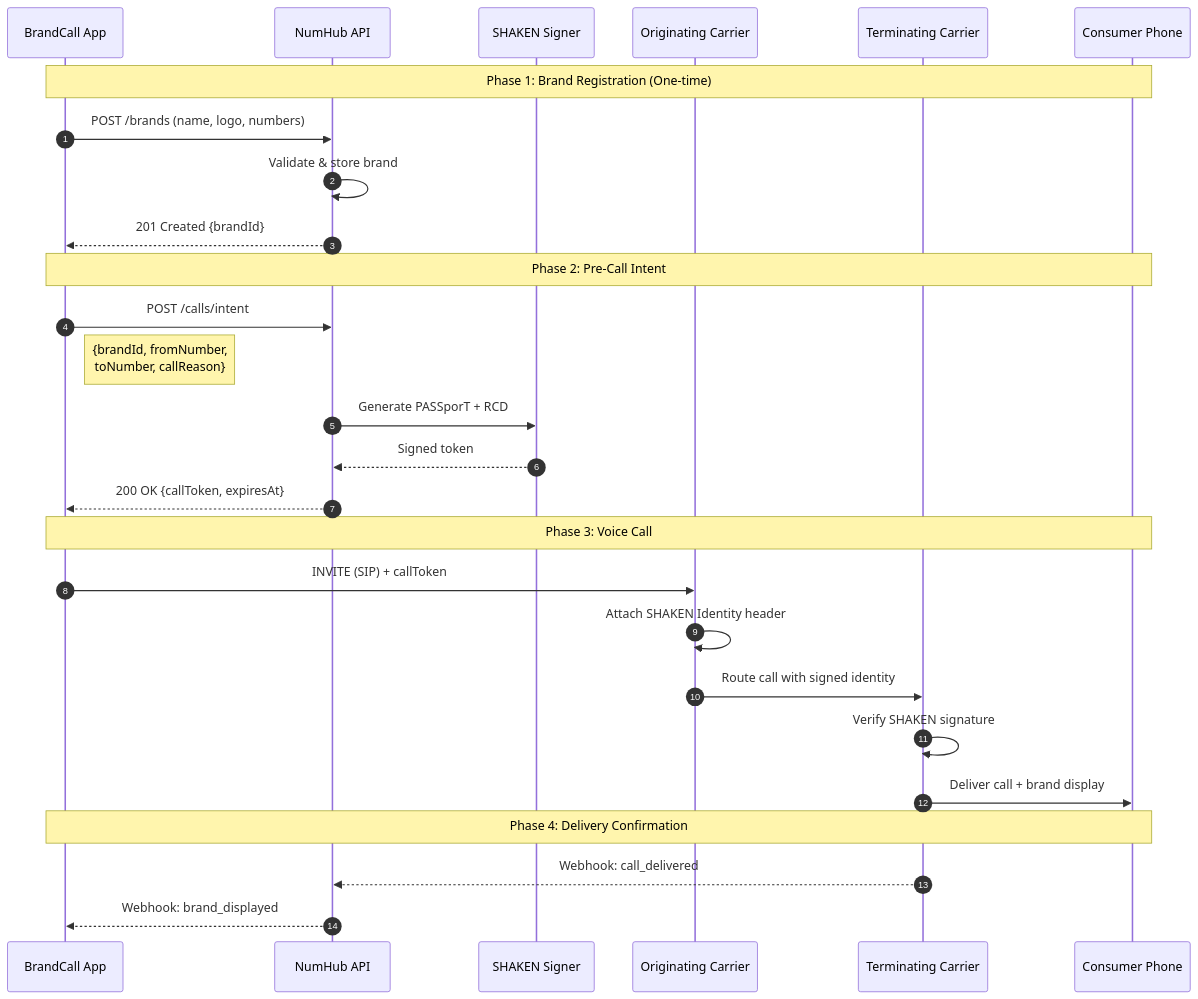
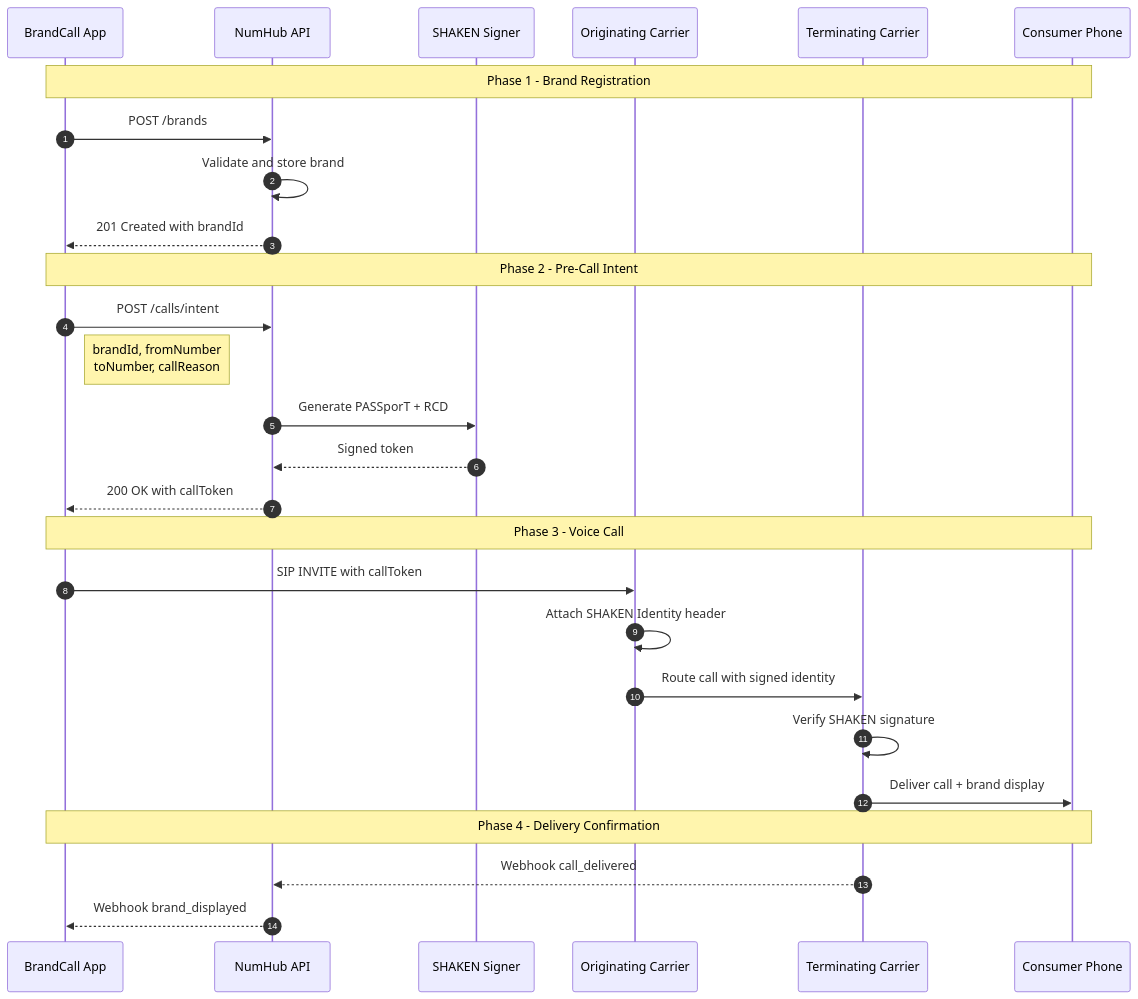
One commit to hackur/brandcall changed the second of 7 diagrams in docs/BCID-API-FLOW.md. Above: the diagram before and after it, drawn with Mermaid. The commit also changed other lines of this file, not shown here.

Commit message:
fix: Remove special chars breaking Mermaid parsing in sequence diagrams

````diff
--- a/docs/BCID-API-FLOW.md
+++ b/docs/BCID-API-FLOW.md
@@ -60,33 +60,33 @@
 ```mermaid
 sequenceDiagram
     autonumber
     participant App as BrandCall App
     participant API as NumHub API
     participant Sign as SHAKEN Signer
     participant OSP as Originating Carrier
     participant TSP as Terminating Carrier
     participant Phone as Consumer Phone
 
-    Note over App,Phone: Phase 1: Brand Registration (One-time)
-    App->>API: POST /brands (name, logo, numbers)
-    API->>API: Validate & store brand
-    API-->>App: 201 Created {brandId}
+    Note over App,Phone: Phase 1 - Brand Registration
+    App->>API: POST /brands
+    API->>API: Validate and store brand
+    API-->>App: 201 Created with brandId
     
-    Note over App,Phone: Phase 2: Pre-Call Intent
+    Note over App,Phone: Phase 2 - Pre-Call Intent
     App->>API: POST /calls/intent
-    Note right of App: {brandId, fromNumber,<br/>toNumber, callReason}
+    Note right of App: brandId, fromNumber<br/>toNumber, callReason
     API->>Sign: Generate PASSporT + RCD
     Sign-->>API: Signed token
-    API-->>App: 200 OK {callToken, expiresAt}
+    API-->>App: 200 OK with callToken
     
-    Note over App,Phone: Phase 3: Voice Call
-    App->>OSP: INVITE (SIP) + callToken
+    Note over App,Phone: Phase 3 - Voice Call
+    App->>OSP: SIP INVITE with callToken
     OSP->>OSP: Attach SHAKEN Identity header
     OSP->>TSP: Route call with signed identity
     TSP->>TSP: Verify SHAKEN signature
     TSP->>Phone: Deliver call + brand display
     
-    Note over App,Phone: Phase 4: Delivery Confirmation
-    TSP-->>API: Webhook: call_delivered
-    API-->>App: Webhook: brand_displayed
+    Note over App,Phone: Phase 4 - Delivery Confirmation
+    TSP-->>API: Webhook call_delivered
+    API-->>App: Webhook brand_displayed
 ```
````
